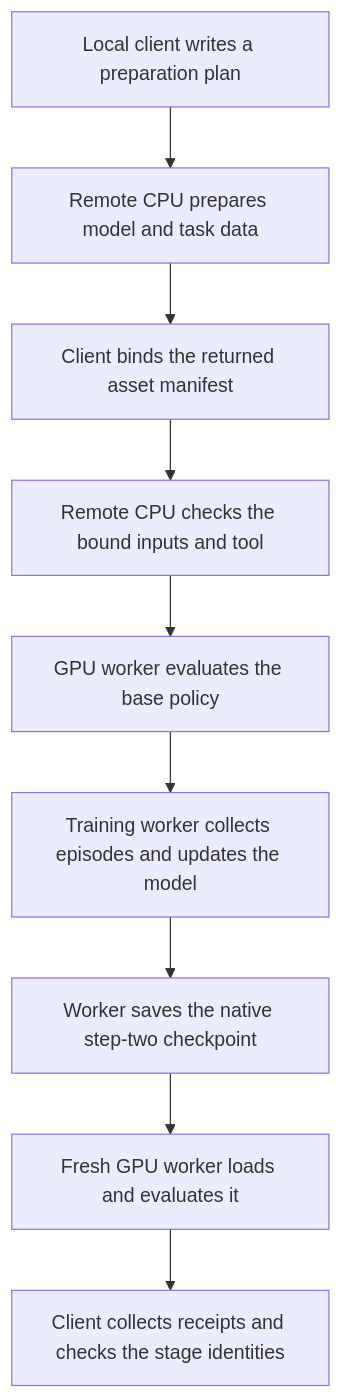
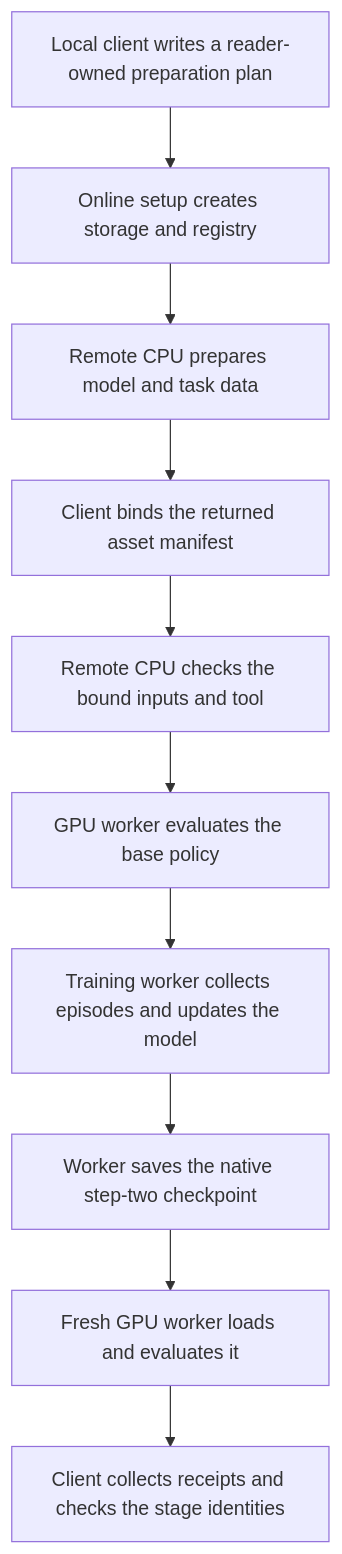
One commit to amulyaparthasarathy/agent-lightning-grpo-ppo changed the diagram in docs/learning/08-reproduce-and-operate.md. Above: the diagram before and after it, drawn with Mermaid. The commit also changed other lines of this file and 11 other files, not shown here.

````diff
--- a/docs/learning/08-reproduce-and-operate.md
+++ b/docs/learning/08-reproduce-and-operate.md
@@ -49,11 +49,12 @@
 ```mermaid
 flowchart TD
-    P["Local client writes a preparation plan"] --> D["Remote CPU prepares model and task data"]
+    P["Local client writes a reader-owned preparation plan"] --> U["Online setup creates storage and registry"]
+    U --> D["Remote CPU prepares model and task data"]
     D --> B["Client binds the returned asset manifest"]
     B --> C["Remote CPU checks the bound inputs and tool"]
     C --> E["GPU worker evaluates the base policy"]
     E --> T["Training worker collects episodes and updates the model"]
     T --> S["Worker saves the native step-two checkpoint"]
     S --> R["Fresh GPU worker loads and evaluates it"]
     R --> L["Client collects receipts and checks the stage identities"]
 ```
````
